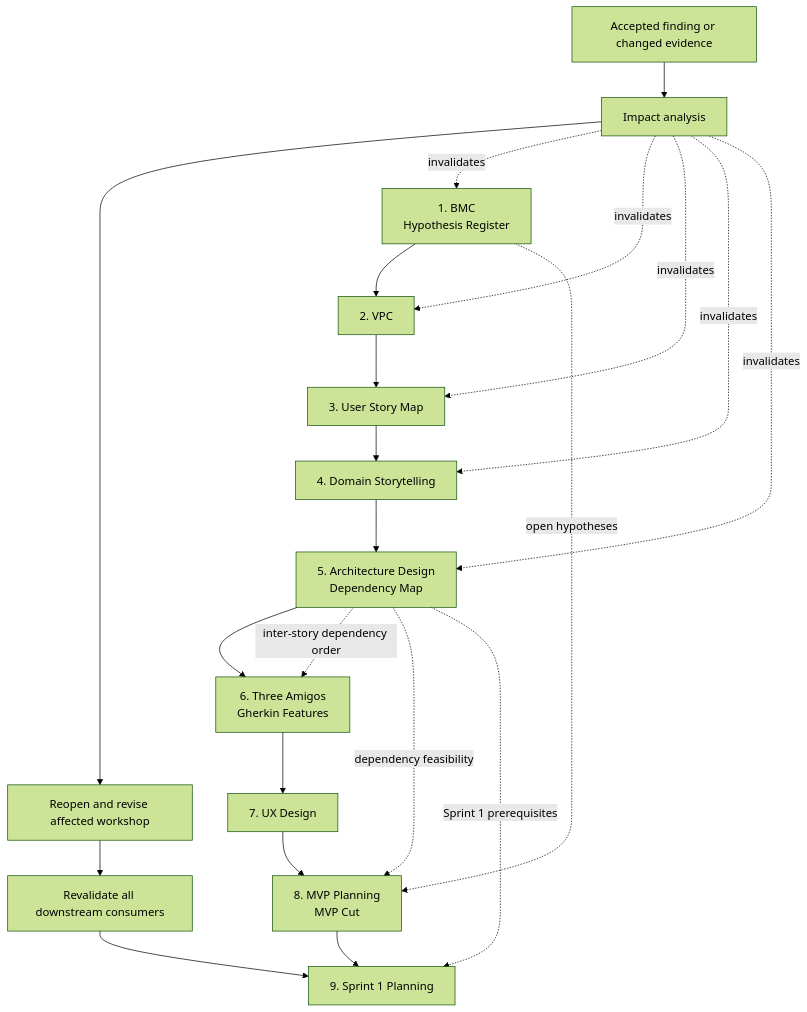
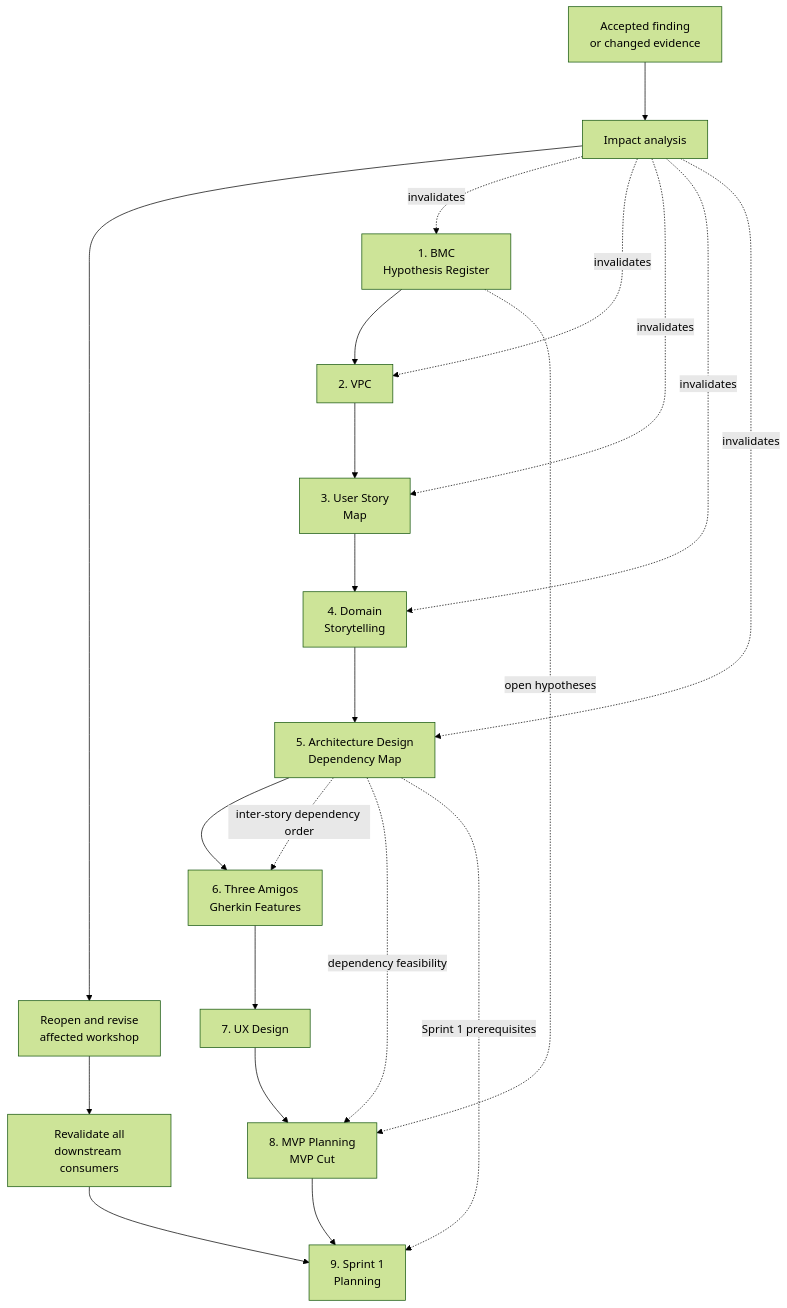
Before and after one commit to dave-jackson-dev/portfolio: the second of 2 diagrams in docs/planning/features/workflow-engine-lean-agile-mvp-foundation/lean-agile-mvp-workflows.md, drawn with Mermaid (forest theme). The commit also changed other lines of this file, not shown here.

Commit message:
docs(workflow): prevent diagram label clipping

````diff
--- a/docs/planning/features/workflow-engine-lean-agile-mvp-foundation/lean-agile-mvp-workflows.md
+++ b/docs/planning/features/workflow-engine-lean-agile-mvp-foundation/lean-agile-mvp-workflows.md
@@ -48,31 +48,32 @@
 ```mermaid
+%%{init: {"flowchart": {"htmlLabels": true, "nodeSpacing": 56, "rankSpacing": 82, "wrappingWidth": 170}} }%%
 flowchart TD
     W1[1. BMC<br/>Hypothesis Register]
     W2[2. VPC]
-    W3[3. User Story Map]
-    W4[4. Domain Storytelling]
+    W3[3. User Story<br/>Map]
+    W4[4. Domain<br/>Storytelling]
     W5[5. Architecture Design<br/>Dependency Map]
     W6[6. Three Amigos<br/>Gherkin Features]
     W7[7. UX Design]
     W8[8. MVP Planning<br/>MVP Cut]
-    W9[9. Sprint 1 Planning]
+    W9[9. Sprint 1<br/>Planning]
 
     W1 --> W2 --> W3 --> W4 --> W5 --> W6 --> W7 --> W8 --> W9
     W1 -. open hypotheses .-> W8
     W5 -. inter-story dependency order .-> W6
     W5 -. dependency feasibility .-> W8
     W5 -. Sprint 1 prerequisites .-> W9
 
-    Finding[Accepted finding or changed evidence]
+    Finding[Accepted finding<br/>or changed evidence]
     Impact[Impact analysis]
-    Reopen[Reopen and revise affected workshop]
-    Revalidate[Revalidate all downstream consumers]
+    Reopen[Reopen and revise<br/>affected workshop]
+    Revalidate[Revalidate all<br/>downstream consumers]
 
     Finding --> Impact --> Reopen --> Revalidate
     Impact -. invalidates .-> W1
     Impact -. invalidates .-> W2
     Impact -. invalidates .-> W3
     Impact -. invalidates .-> W4
     Impact -. invalidates .-> W5
     Revalidate --> W9
 ```
````
